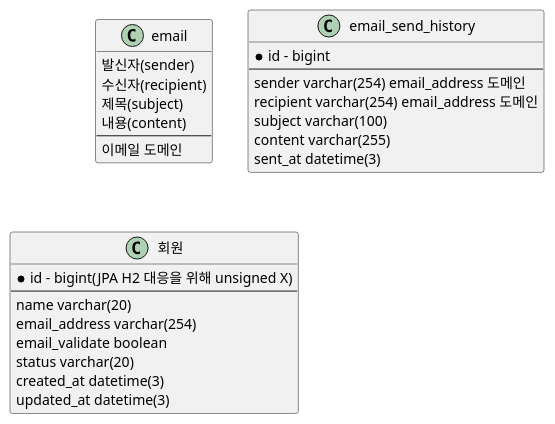
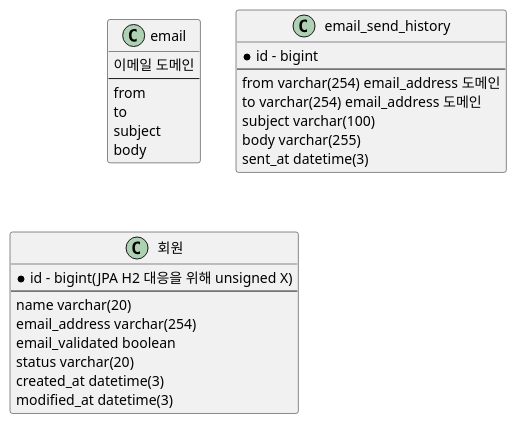
The diagram in .uml/Domain.puml (dykim-base-project/boot2-hexagonal), drawn with PlantUML before and after one commit. The commit also changed 46 other files, not shown here.

First line of the commit message:
feat: 이메일, 히스토리 도메인 정의, 기능 일부 구현

```diff
--- a/.uml/Domain.puml
+++ b/.uml/Domain.puml
@@ -1,59 +1,59 @@
 @startuml
 
 class "email" {
-    발신자(sender)
-    수신자(recipient)
-    제목(subject)
-    내용(content)
+    이메일 도메인
     ---
-    이메일 도메인
+    from
+    to
+    subject
+    body
 }
 
 
 class "email_send_history" {
     * id - bigint
     ---
-    sender varchar(254) email_address 도메인
-    recipient varchar(254) email_address 도메인
+    from varchar(254) email_address 도메인
+    to varchar(254) email_address 도메인
     subject varchar(100)
-    content varchar(255)
+    body varchar(255)
     sent_at datetime(3)
 }
 
 class "회원" {
     * id - bigint(JPA H2 대응을 위해 unsigned X)
     ---
     name varchar(20)
     email_address varchar(254)
-    email_validate boolean
+    email_validated boolean
     status varchar(20)
     created_at datetime(3)
-    updated_at datetime(3)
+    modified_at datetime(3)
 }
 
 
 'class "권한" {
 '    id
 '    ---
 '    권한 => 이메일_인증, 이메일_미인증, SNS_인증?
 '    스프링 시큐리티로 구현하셨음. 따라가보자.(도메인이 아닌거 같은데 그러면)
 '}
 
 ' TODO: 추후 작업 예정(프론트 없이 가능? 안되면 프론트 이후 작업)
 'class "SNS 인증" {
 '    id
 '    ___
 '    회원 id
 '    SNS 인증 종류
 '    리프레시 토큰 => 리프레시 토큰 만료 시 어떻게? 찾아보자.
 '}
 
 ' TODO: 추후 작업 예정
 'class "회원-권한" {
 '    회원 id
 '    권한 id
 '    ---
 '    굳이 관계 테이블까지?
 '}
 
 @enduml
```
